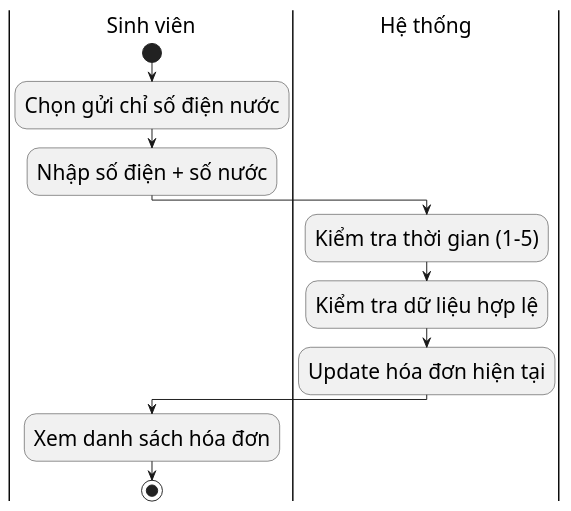
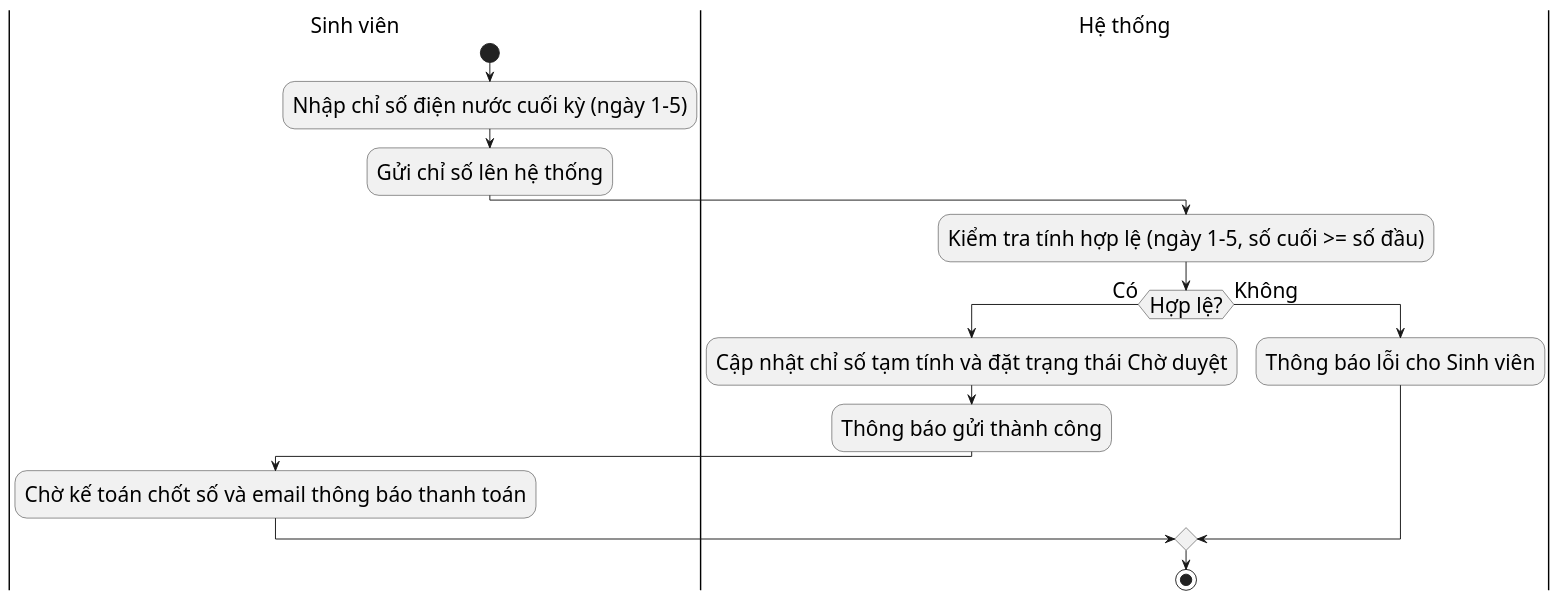
Before and after one commit to s0nbuildtech287/dormitory-frontend: the diagram in diagrams/nhomhoadonthanhtoan/meter_submit_view_activity.puml, drawn with PlantUML. The commit also changed 4 other files, not shown here.

```diff
--- a/diagrams/nhomhoadonthanhtoan/meter_submit_view_activity.puml
+++ b/diagrams/nhomhoadonthanhtoan/meter_submit_view_activity.puml
@@ -1,15 +1,21 @@
 @startuml "Meter Submit View Activity"
 skinparam defaultFontSize 22
 skinparam defaultFontName "Times New Roman"
 |Sinh viên|
 start
-:Chọn gửi chỉ số điện nước;
-:Nhập số điện + số nước;
+:Nhập chỉ số điện nước cuối kỳ (ngày 1-5);
+:Gửi chỉ số lên hệ thống;
+
 |Hệ thống|
-:Kiểm tra thời gian (1-5);
-:Kiểm tra dữ liệu hợp lệ;
-:Update hóa đơn hiện tại;
-|Sinh viên|
-:Xem danh sách hóa đơn;
+:Kiểm tra tính hợp lệ (ngày 1-5, số cuối >= số đầu);
+if (Hợp lệ?) then (Có)
+  :Cập nhật chỉ số tạm tính và đặt trạng thái Chờ duyệt;
+  :Thông báo gửi thành công;
+  |Sinh viên|
+  :Chờ kế toán chốt số và email thông báo thanh toán;
+else (Không)
+  |Hệ thống|
+  :Thông báo lỗi cho Sinh viên;
+endif
 stop
 @enduml
```
